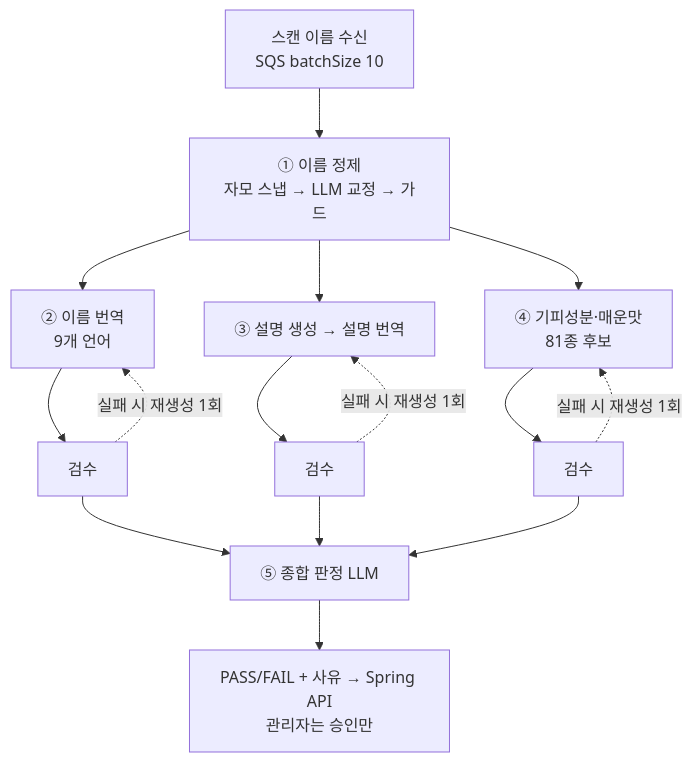
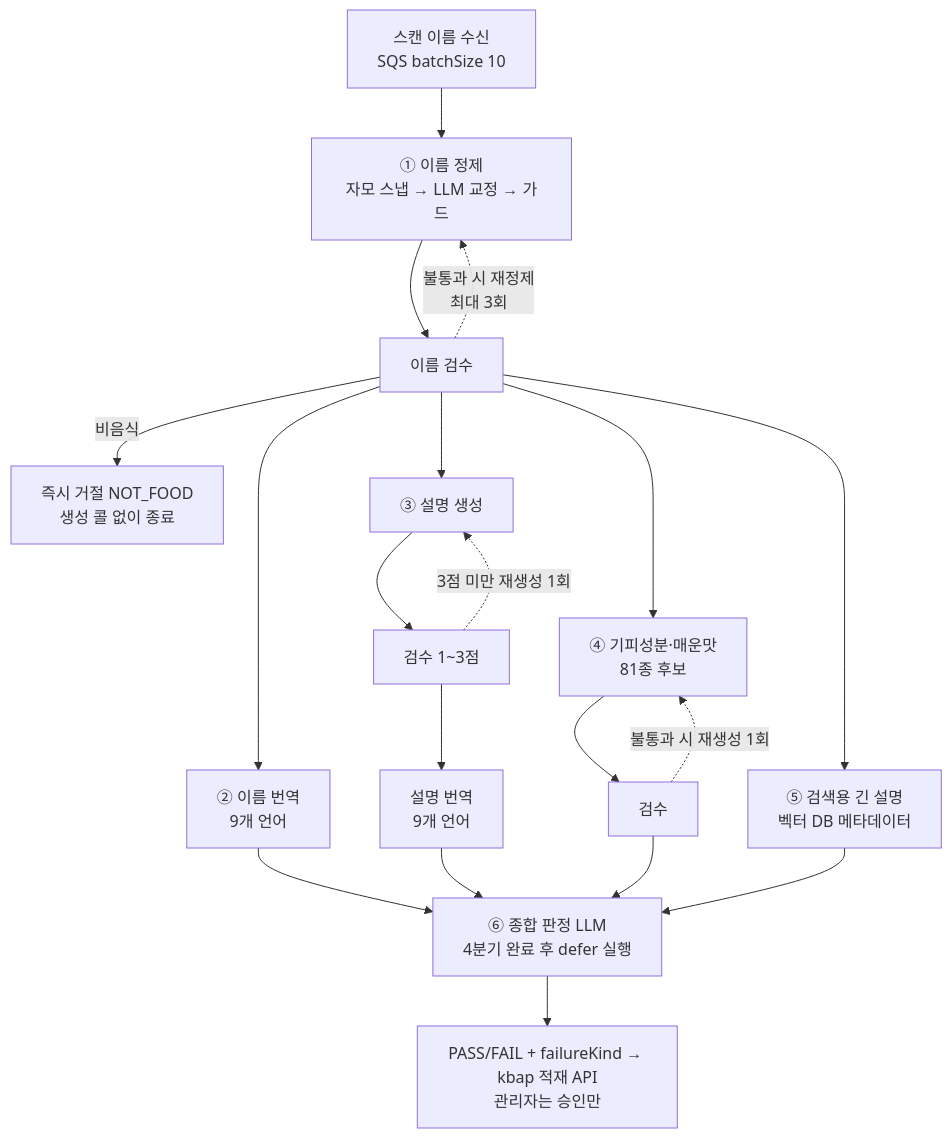
One commit to team-skyjs/kbap-langchain changed the diagram in README.md. Above: the diagram before and after it, drawn with Mermaid. The commit also changed other lines of this file, not shown here.

````diff
--- a/README.md
+++ b/README.md
@@ -11,15 +11,18 @@
 ```mermaid
 flowchart TD
     A[스캔 이름 수신<br/>SQS batchSize 10] --> B[① 이름 정제<br/>자모 스냅 → LLM 교정 → 가드]
-    B --> C[② 이름 번역<br/>9개 언어]
-    B --> D[③ 설명 생성 → 설명 번역]
-    B --> E[④ 기피성분·매운맛<br/>81종 후보]
-    C --> C2[검수]
-    D --> D2[검수]
+    B --> B2[이름 검수]
+    B2 -. 불통과 시 재정제<br/>최대 3회 .-> B
+    B2 -- 비음식 --> X[즉시 거절 NOT_FOOD<br/>생성 콜 없이 종료]
+    B2 --> C[② 이름 번역<br/>9개 언어]
+    B2 --> D[③ 설명 생성]
+    B2 --> E[④ 기피성분·매운맛<br/>81종 후보]
+    B2 --> L[⑤ 검색용 긴 설명<br/>벡터 DB 메타데이터]
+    D --> D2[검수 1~3점]
+    D2 -. 3점 미만 재생성 1회 .-> D
+    D2 --> D3[설명 번역<br/>9개 언어]
     E --> E2[검수]
-    C2 -. 실패 시 재생성 1회 .-> C
-    D2 -. 실패 시 재생성 1회 .-> D
-    E2 -. 실패 시 재생성 1회 .-> E
-    C2 & D2 & E2 --> F[⑤ 종합 판정 LLM]
-    F --> G[PASS/FAIL + 사유 → Spring API<br/>관리자는 승인만]
+    E2 -. 불통과 시 재생성 1회 .-> E
+    C & D3 & E2 & L --> F[⑥ 종합 판정 LLM<br/>4분기 완료 후 defer 실행]
+    F --> G[PASS/FAIL + failureKind → kbap 적재 API<br/>관리자는 승인만]
 ```
````
